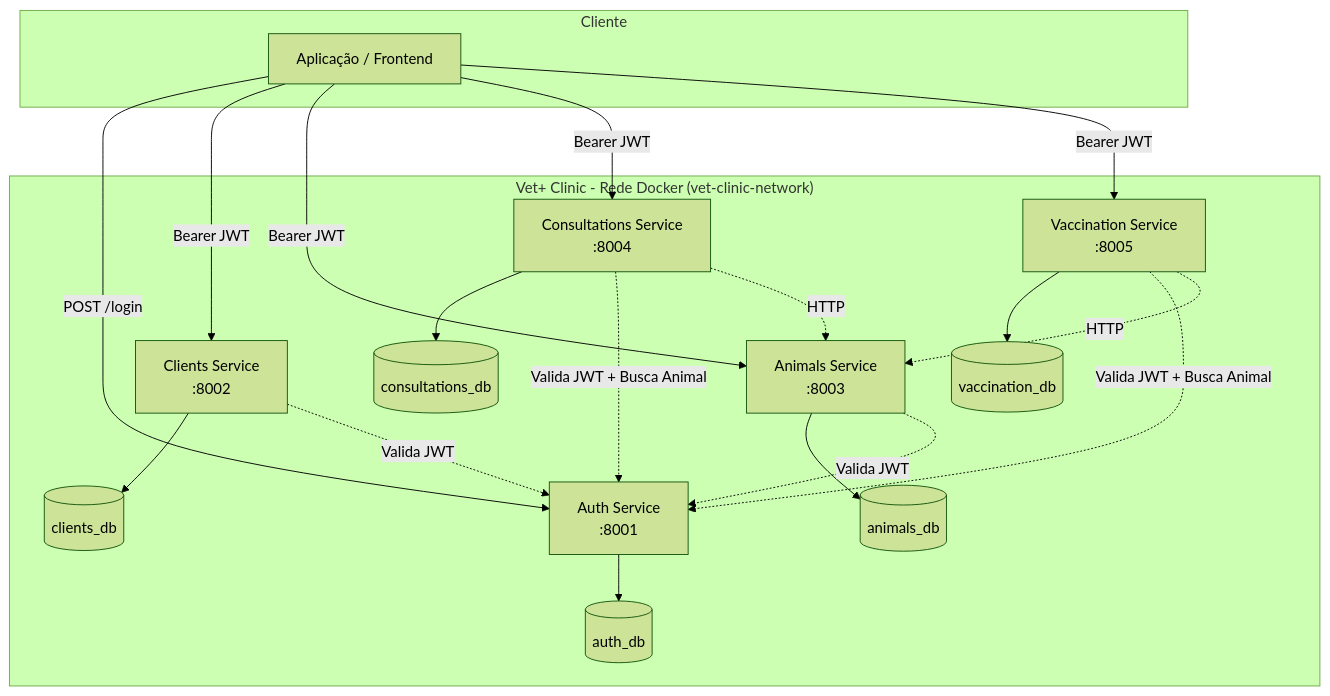
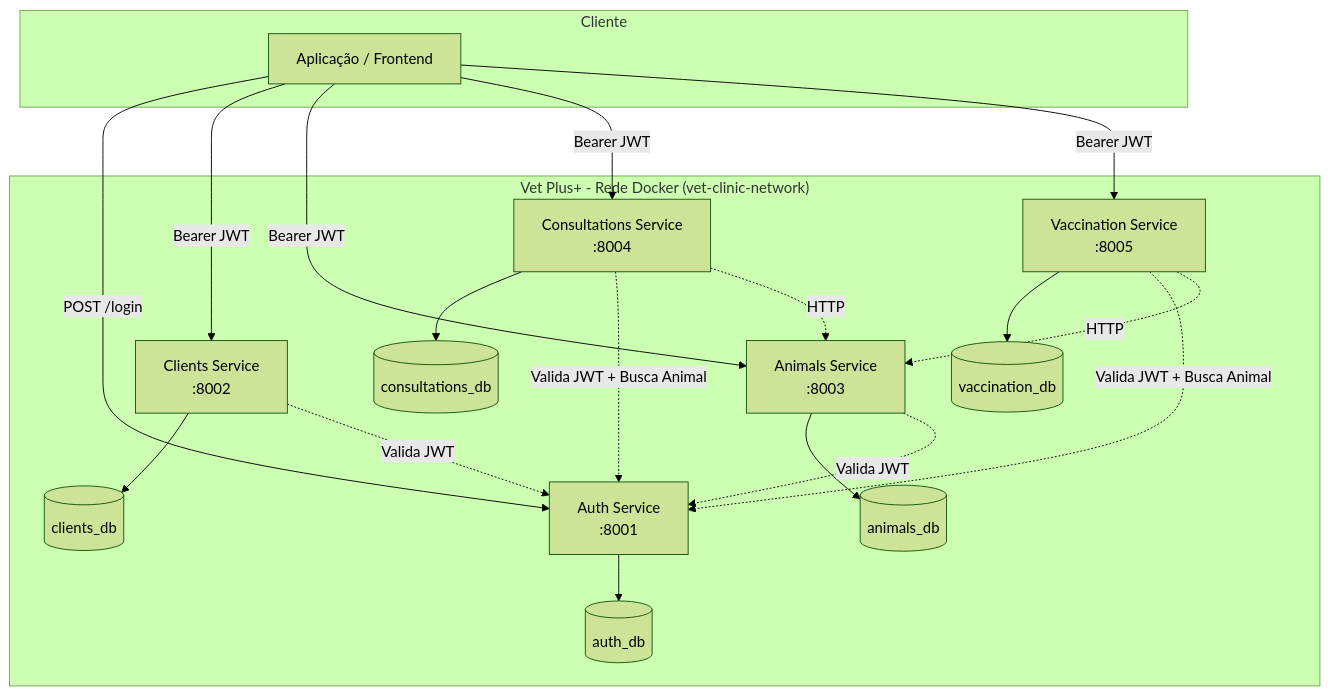
One commit to LuanaPZenha/vet-plus changed the first of 2 diagrams in README.md. Above: the diagram before and after it, drawn with Mermaid (forest theme). The commit also changed other lines of this file and 19 other files, not shown here.

Commit message:
Rename project brand to Vet Plus+.

````diff
--- a/README.md
+++ b/README.md
@@ -78,39 +78,39 @@
 ```mermaid
 graph TB
     subgraph Cliente
         APP[Aplicação / Frontend]
     end
 
-    subgraph "Vet+ Clinic - Rede Docker (vet-clinic-network)"
+    subgraph "Vet Plus+ - Rede Docker (vet-clinic-network)"
         AUTH[Auth Service<br/>:8001]
         CLIENTS[Clients Service<br/>:8002]
         ANIMALS[Animals Service<br/>:8003]
         CONSULT[Consultations Service<br/>:8004]
         VACCIN[Vaccination Service<br/>:8005]
 
         AUTH_DB[(auth_db)]
         CLIENTS_DB[(clients_db)]
         ANIMALS_DB[(animals_db)]
         CONSULT_DB[(consultations_db)]
         VACCIN_DB[(vaccination_db)]
     end
 
     APP -->|POST /login| AUTH
     APP -->|Bearer JWT| CLIENTS
     APP -->|Bearer JWT| ANIMALS
     APP -->|Bearer JWT| CONSULT
     APP -->|Bearer JWT| VACCIN
 
     AUTH --> AUTH_DB
     CLIENTS --> CLIENTS_DB
     ANIMALS --> ANIMALS_DB
     CONSULT --> CONSULT_DB
     VACCIN --> VACCIN_DB
 
     CLIENTS -.->|Valida JWT| AUTH
     ANIMALS -.->|Valida JWT| AUTH
     CONSULT -.->|Valida JWT + Busca Animal| AUTH
     CONSULT -.->|HTTP| ANIMALS
     VACCIN -.->|Valida JWT + Busca Animal| AUTH
     VACCIN -.->|HTTP| ANIMALS
 ```
````
